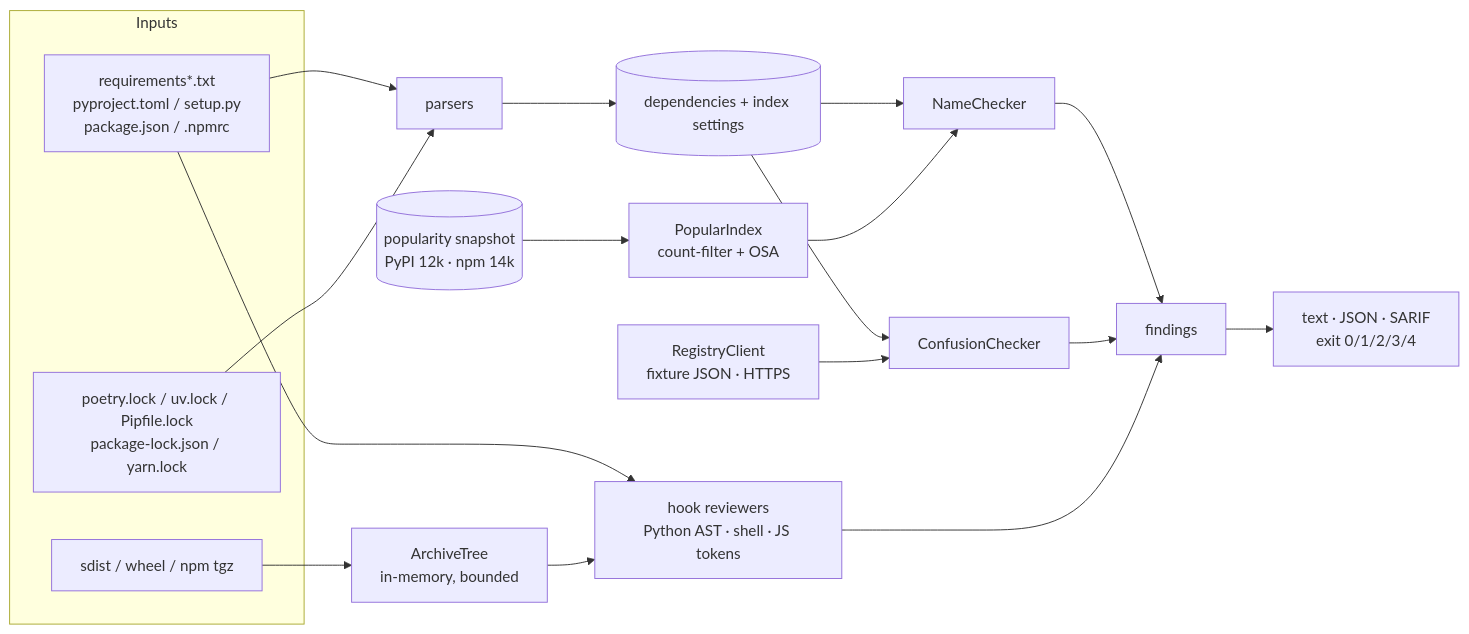
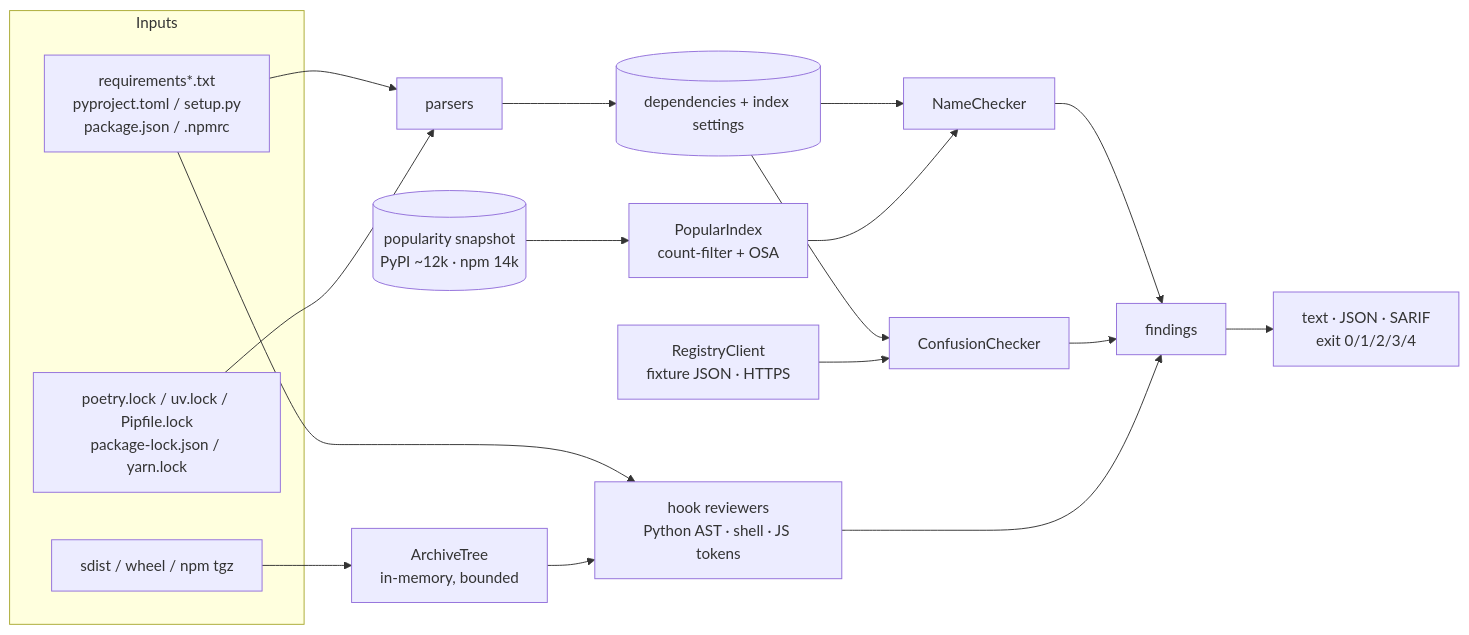
One commit to SlateGitOrg/squatwatch changed the diagram in README.md. Above: the diagram before and after it, drawn with Mermaid. The commit also changed other lines of this file and 2 other files, not shown here.

Commit message:
docs: correct test count, line counts and snapshot size

````diff
--- a/README.md
+++ b/README.md
@@ -55,20 +55,20 @@
 ```mermaid
 flowchart LR
     subgraph Inputs
         M[requirements*.txt<br/>pyproject.toml / setup.py<br/>package.json / .npmrc]
         L[poetry.lock / uv.lock / Pipfile.lock<br/>package-lock.json / yarn.lock]
         A[sdist / wheel / npm tgz]
     end
     M & L --> P[parsers]
     P --> D[(dependencies + index settings)]
     D --> N[NameChecker]
-    S[(popularity snapshot<br/>PyPI 12k · npm 14k)] --> I[PopularIndex<br/>count-filter + OSA]
+    S[(popularity snapshot<br/>PyPI ~12k · npm 14k)] --> I[PopularIndex<br/>count-filter + OSA]
     I --> N
     D --> C[ConfusionChecker]
     R[RegistryClient<br/>fixture JSON · HTTPS] --> C
     A --> T[ArchiveTree<br/>in-memory, bounded]
     M --> H
     T --> H[hook reviewers<br/>Python AST · shell · JS tokens]
     N & C & H --> F[findings]
     F --> O[text · JSON · SARIF<br/>exit 0/1/2/3/4]
 ```
````
